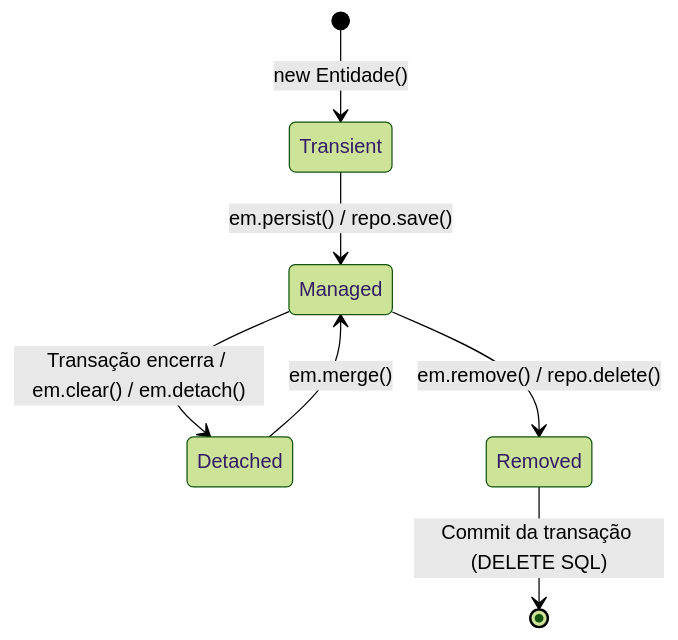
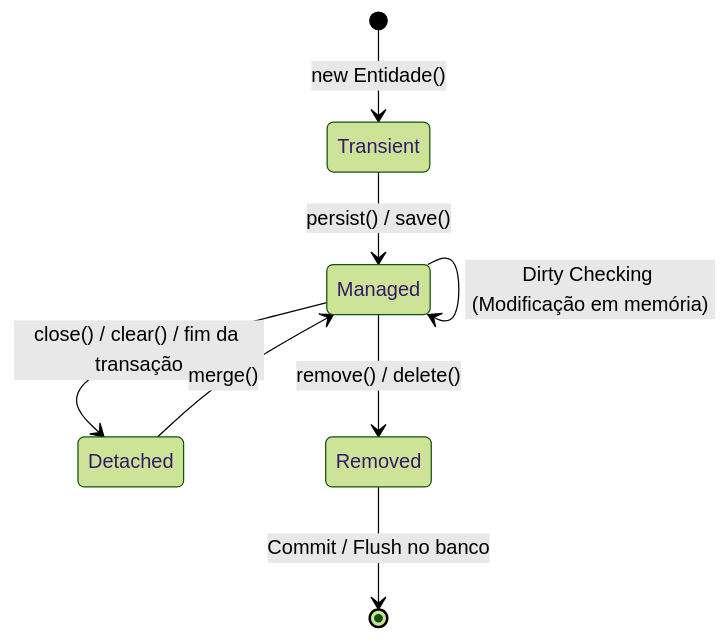
The ninth of 9 diagrams in 4º Semestre/[Prof. Jefferson Passerini] Laboratório de Programação IV/Resumos-IA/Simulados-Comentados.md (murilolol/unifef), drawn with Mermaid (forest theme) before and after one commit. The commit also changed other lines of this file and 40 other files, not shown here.

````diff
--- a/4º Semestre/[Prof. Jefferson Passerini] Laboratório de Programação IV/Resumos-IA/Simulados-Comentados.md
+++ b/4º Semestre/[Prof. Jefferson Passerini] Laboratório de Programação IV/Resumos-IA/Simulados-Comentados.md
@@ -905,9 +927,13 @@
 ```mermaid
 stateDiagram-v2
-    [*] --> Transient : new Entidade()
-    Transient --> Managed : em.persist() / repo.save()
-    Managed --> Detached : Transação encerra / em.clear() / em.detach()
-    Detached --> Managed : em.merge()
-    Managed --> Removed : em.remove() / repo.delete()
-    Removed --> [*] : Commit da transação (DELETE SQL)
+ [*] --> Transient: new Entidade()
+ Transient --> Managed: persist() / save()
+ 
+ Managed --> Detached: close() / clear() / fim da transação
+ Detached --> Managed: merge()
+ 
+ Managed --> Removed: remove() / delete()
+ Removed --> [*]: Commit / Flush no banco
+ 
+ Managed --> Managed: Dirty Checking (Modificação em memória)
 ```
````
